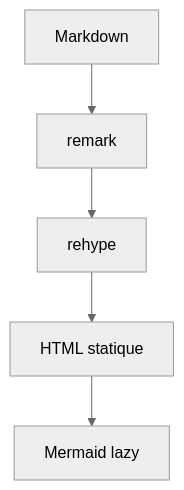
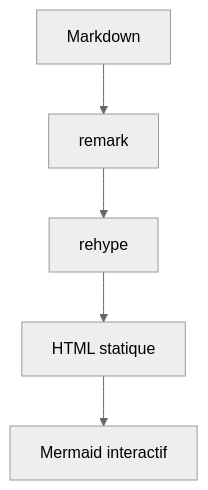
One commit to didntchooseaname/lisible-docs changed the diagram in src/content/docs/fr/authoring/markdown.mdx. Above: the diagram before and after it, drawn with Mermaid (neutral theme). The commit also changed other lines of this file and 18 other files, not shown here.

````diff
--- a/src/content/docs/fr/authoring/markdown.mdx
+++ b/src/content/docs/fr/authoring/markdown.mdx
@@ -59,7 +492,7 @@
 ```mermaid
 flowchart TD
   MD[Markdown] --> R[remark]
   R --> H[rehype]
   H --> HTML[HTML statique]
-  HTML --> M[Mermaid lazy]
+  HTML --> M[Mermaid interactif]
 ```
````
